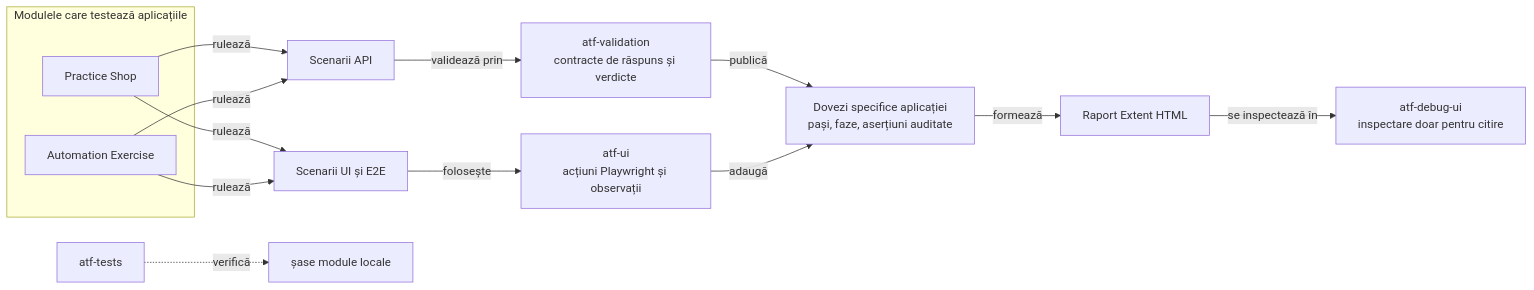
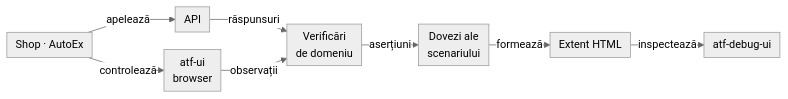
Before and after one commit to crististefanita/atf_j1: the first of 3 diagrams in README.md, drawn with Mermaid. The commit also changed other lines of this file and 4 other files, not shown here.

````diff
--- a/README.md
+++ b/README.md
@@ -31,18 +39,18 @@
 ```mermaid
+%%{init: {"theme":"neutral","themeVariables":{"fontSize":"15px"},"themeCSS":".edgeLabel, .edgeLabel p { font-size: 12px !important; } .node rect { rx: 6px; ry: 6px; }","flowchart":{"curve":"linear","nodeSpacing":24,"rankSpacing":20,"padding":6},"sequence":{"mirrorActors":false,"messageMargin":24}}}%%
 flowchart LR
-  subgraph Consumers["Modulele care testează aplicațiile"]
-    Shop["Practice Shop"]
-    AutoEx["Automation Exercise"]
-  end
-  Shop -->|rulează| API["Scenarii API"]
-  AutoEx -->|rulează| API
-  Shop -->|rulează| Browser["Scenarii UI și E2E"]
-  AutoEx -->|rulează| Browser
-  API -->|validează prin| Validation["atf-validation<br/>contracte de răspuns și verdicte"]
-  Browser -->|folosește| UI["atf-ui<br/>acțiuni Playwright și observații"]
-  Validation -->|publică| Evidence["Dovezi specifice aplicației<br/>pași, faze, aserțiuni auditate"]
-  UI -->|adaugă| Evidence
-  Evidence -->|formează| Report["Raport Extent HTML"]
-  Report -->|se inspectează în| Inspector["atf-debug-ui<br/>inspectare doar pentru citire"]
-  Governance["atf-tests"] -.->|verifică| Reactor["șase module locale"]
+    App["Shop · AutoEx"]
+    API["API"]
+    Browser["atf-ui<br/>browser"]
+    Checks["Verificări<br/>de domeniu"]
+    Evidence["Dovezi ale<br/>scenariului"]
+    Report["Extent HTML"]
+    Inspector["atf-debug-ui"]
+    App -->|apelează| API
+    App -->|controlează| Browser
+    API -->|răspunsuri| Checks
+    Browser -->|observații| Checks
+    Checks -->|aserțiuni| Evidence
+    Evidence -->|formează| Report
+    Report -->|inspectează| Inspector
 ```
````
